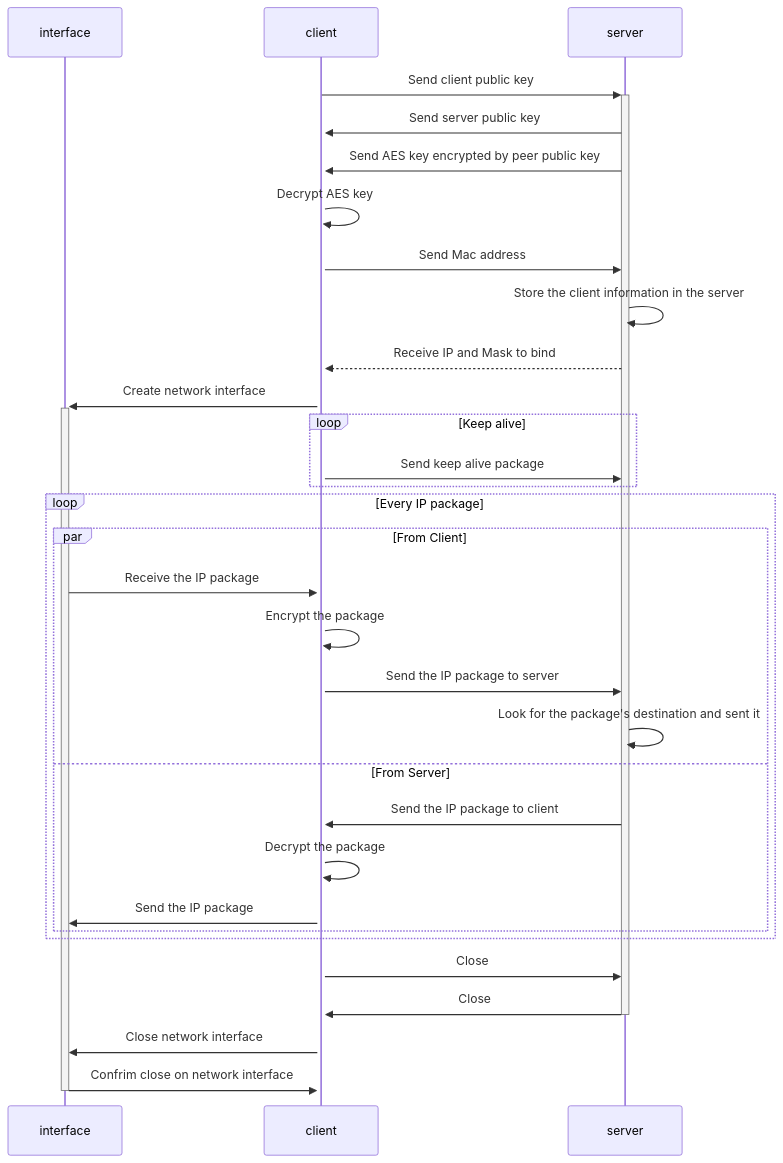
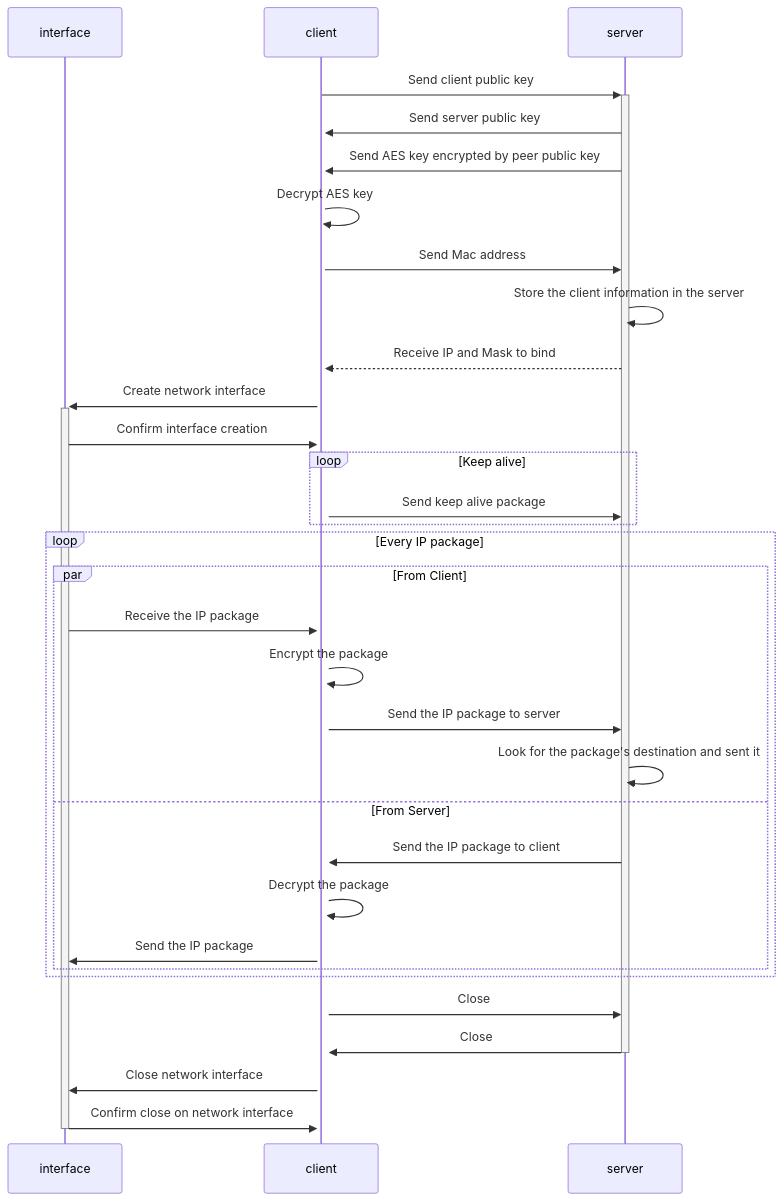
One commit to henrybarreto/minivpn changed the diagram in README.md. Above: the diagram before and after it, drawn with Mermaid.

Commit message:
add confirmation after interface setting up

````diff
--- a/README.md
+++ b/README.md
@@ -28,36 +28,38 @@
 ```mermaid
 sequenceDiagram
 participant interface
 participant client
 participant server
 client ->>+ server: Send client public key
 server ->>+ client: Send server public key
 server ->> client: Send AES key encrypted by peer public key
 client ->> client: Decrypt AES key
 client ->> server: Send Mac address
 server ->> server: Store the client information in the server
 server -->> client: Receive IP and Mask to bind
 client ->>+ interface: Create network interface
+interface ->>+ client: Confirm interface creation
+
 
 loop Keep alive
     client ->> server: Send keep alive package
 end
 
 loop Every IP package
     par From Client
     interface ->> client: Receive the IP package
     client ->> client: Encrypt the package
     client ->> server: Send the IP package to server
     server ->> server: Look for the package's destination and sent it
     and From Server
     server ->> client: Send the IP package to client
     client ->> client: Decrypt the package
     client ->> interface: Send the IP package
     end
 end
 
 client ->> server: Close
 server ->>- client: Close
 client ->> interface: Close network interface
-interface ->>- client: Confrim close on network interface
+interface ->>- client: Confirm close on network interface
 ```
````
